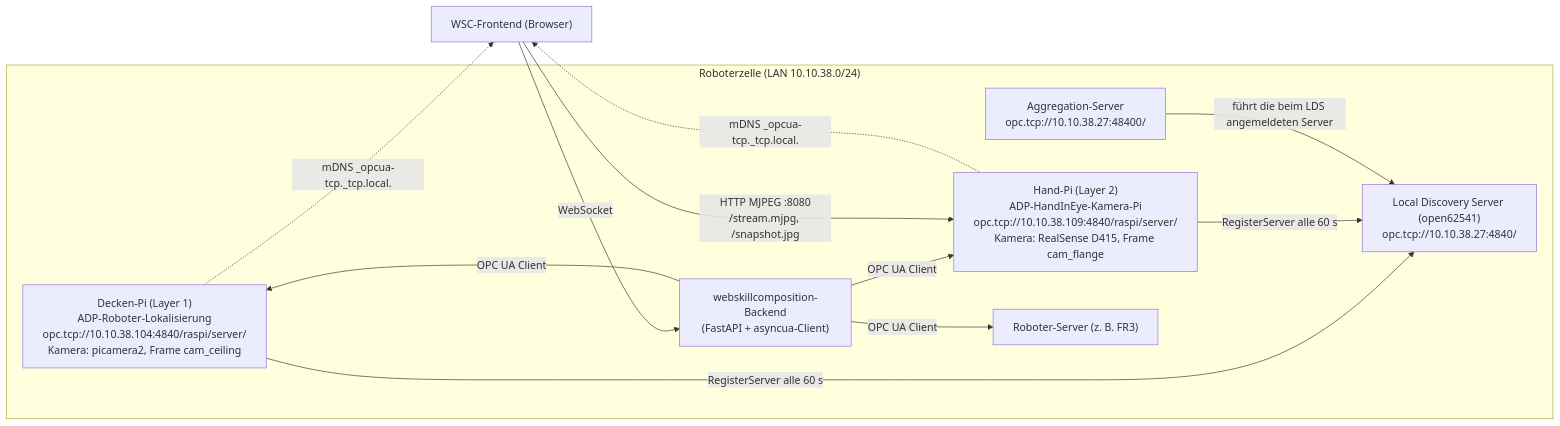
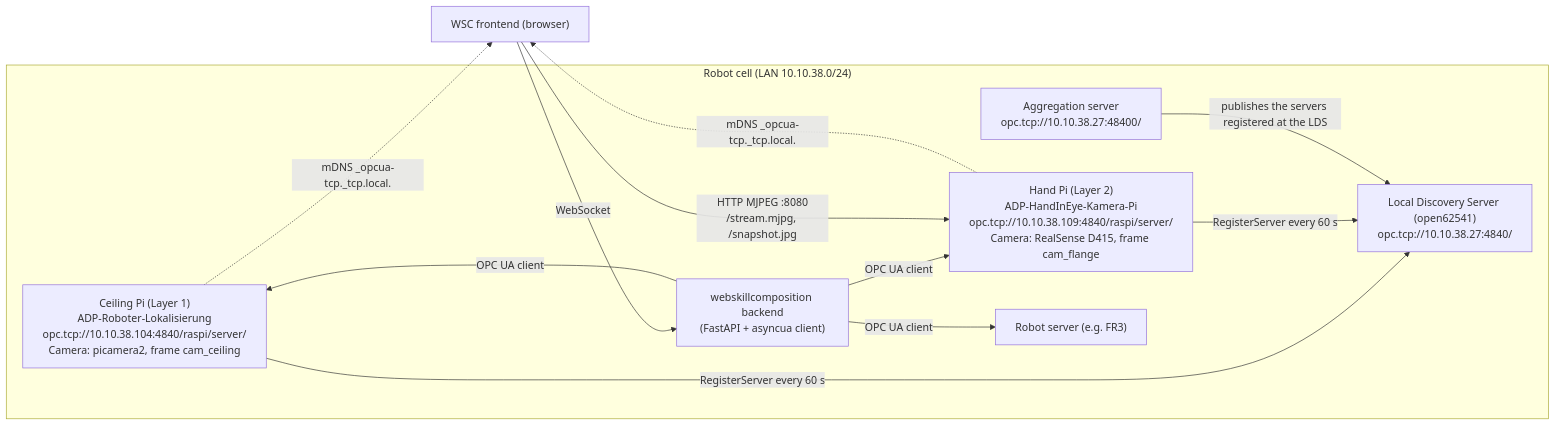
The diagram in doc/projektdoku/code-dokumentation.md (Meric-L/ADP_flexible_Roboterzelle), drawn with Mermaid before and after one commit. The commit also changed other lines of this file and 15 other files, not shown here.

````diff
--- a/doc/projektdoku/code-dokumentation.md
+++ b/doc/projektdoku/code-dokumentation.md
@@ -18,23 +33,23 @@
 ```mermaid
 flowchart LR
-    subgraph Zelle["Roboterzelle (LAN 10.10.38.0/24)"]
-        P1["Decken-Pi (Layer 1)<br/>ADP-Roboter-Lokalisierung<br/>opc.tcp://10.10.38.104:4840/raspi/server/<br/>Kamera: picamera2, Frame cam_ceiling"]
-        P2["Hand-Pi (Layer 2)<br/>ADP-HandInEye-Kamera-Pi<br/>opc.tcp://10.10.38.109:4840/raspi/server/<br/>Kamera: RealSense D415, Frame cam_flange"]
+    subgraph Zelle["Robot cell (LAN 10.10.38.0/24)"]
+        P1["Ceiling Pi (Layer 1)<br/>ADP-Roboter-Lokalisierung<br/>opc.tcp://10.10.38.104:4840/raspi/server/<br/>Camera: picamera2, frame cam_ceiling"]
+        P2["Hand Pi (Layer 2)<br/>ADP-HandInEye-Kamera-Pi<br/>opc.tcp://10.10.38.109:4840/raspi/server/<br/>Camera: RealSense D415, frame cam_flange"]
         LDS["Local Discovery Server (open62541)<br/>opc.tcp://10.10.38.27:4840/"]
-        AGG["Aggregation-Server<br/>opc.tcp://10.10.38.27:48400/"]
-        WSC["webskillcomposition-Backend<br/>(FastAPI + asyncua-Client)"]
-        R["Roboter-Server (z. B. FR3)"]
+        AGG["Aggregation server<br/>opc.tcp://10.10.38.27:48400/"]
+        WSC["webskillcomposition backend<br/>(FastAPI + asyncua client)"]
+        R["Robot server (e.g. FR3)"]
     end
-    FE["WSC-Frontend (Browser)"]
+    FE["WSC frontend (browser)"]
 
-    P1 -- "RegisterServer alle 60 s" --> LDS
-    P2 -- "RegisterServer alle 60 s" --> LDS
-    AGG -- "führt die beim LDS angemeldeten Server" --> LDS
-    WSC -- "OPC UA Client" --> P1
-    WSC -- "OPC UA Client" --> P2
-    WSC -- "OPC UA Client" --> R
+    P1 -- "RegisterServer every 60 s" --> LDS
+    P2 -- "RegisterServer every 60 s" --> LDS
+    AGG -- "publishes the servers registered at the LDS" --> LDS
+    WSC -- "OPC UA client" --> P1
+    WSC -- "OPC UA client" --> P2
+    WSC -- "OPC UA client" --> R
     FE -- "WebSocket" --> WSC
     FE -- "HTTP MJPEG :8080<br/>/stream.mjpg, /snapshot.jpg" --> P2
     P1 -. "mDNS _opcua-tcp._tcp.local." .-> FE
     P2 -. "mDNS _opcua-tcp._tcp.local." .-> FE
 ```
````
